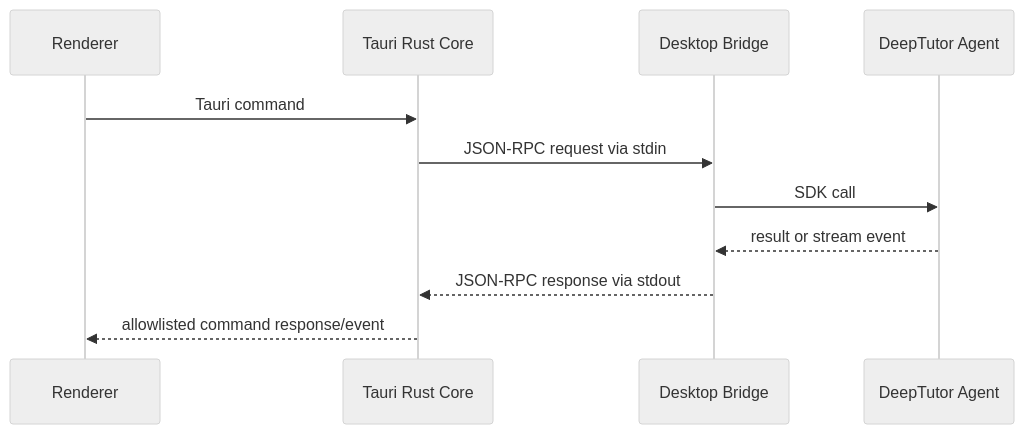
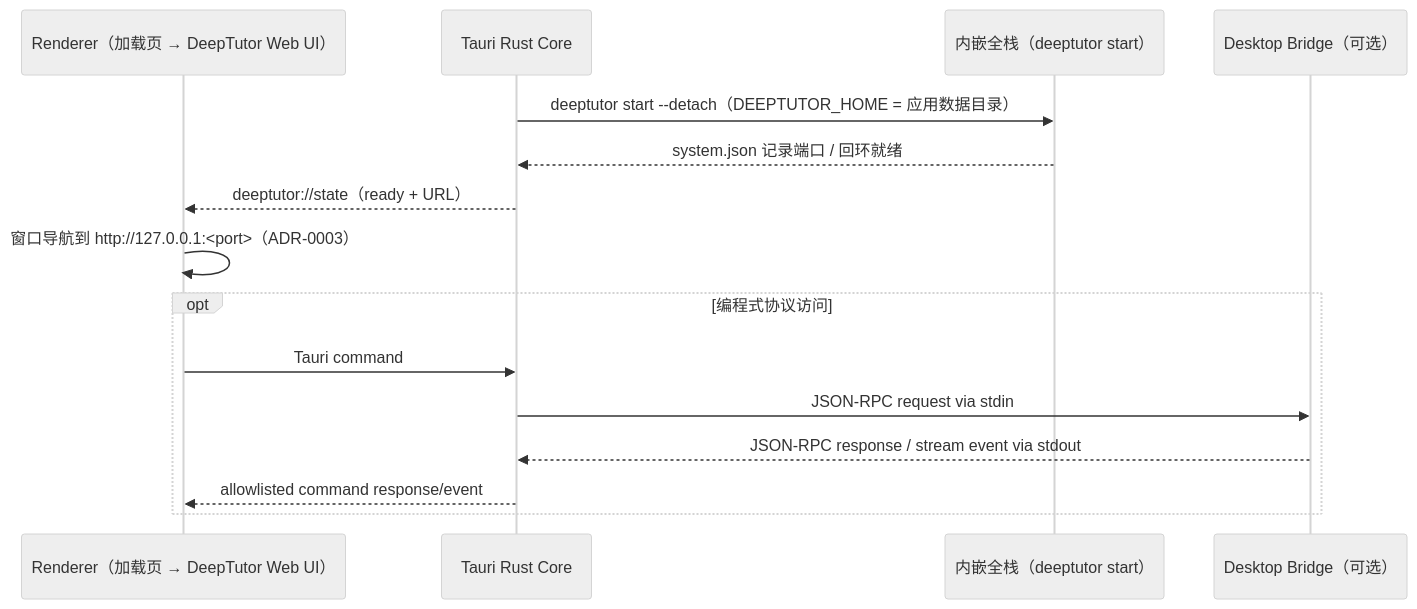
Before and after one commit to pzehrel/DeepTutorDesktop: the diagram in docs/architecture.md, drawn with Mermaid (neutral theme). The commit also changed other lines of this file and 6 other files, not shown here.

First line of the commit message:
Refresh docs to match the shipped architecture

````diff
--- a/docs/architecture.md
+++ b/docs/architecture.md
@@ -81,14 +82,19 @@
 ```mermaid
 sequenceDiagram
-    participant R as Renderer
+    participant R as Renderer（加载页 → DeepTutor Web UI）
     participant M as Tauri Rust Core
-    participant B as Desktop Bridge
-    participant A as DeepTutor Agent
+    participant S as 内嵌全栈（deeptutor start）
+    participant B as Desktop Bridge（可选）
 
-    R->>M: Tauri command
-    M->>B: JSON-RPC request via stdin
-    B->>A: SDK call
-    A-->>B: result or stream event
-    B-->>M: JSON-RPC response via stdout
-    M-->>R: allowlisted command response/event
+    M->>S: deeptutor start --detach（DEEPTUTOR_HOME = 应用数据目录）
+    S-->>M: system.json 记录端口 / 回环就绪
+    M-->>R: deeptutor://state（ready + URL）
+    R->>R: 窗口导航到 http://127.0.0.1:<port>（ADR-0003）
+
+    opt 编程式协议访问
+        R->>M: Tauri command
+        M->>B: JSON-RPC request via stdin
+        B-->>M: JSON-RPC response / stream event via stdout
+        M-->>R: allowlisted command response/event
+    end
 ```
````
